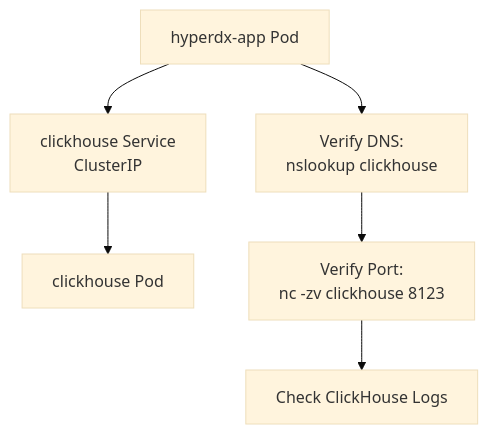
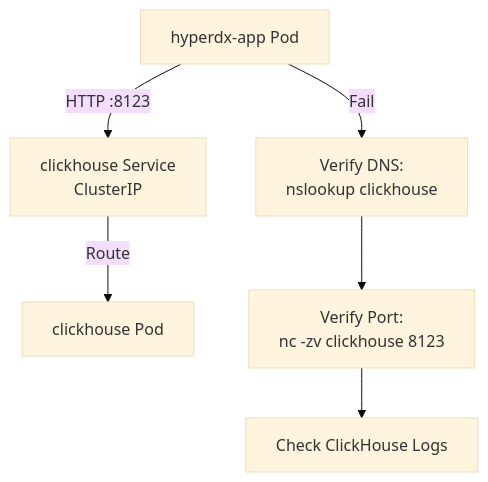
Before and after one commit to openchoreo/openchoreo: the third of 7 diagrams in docs/hyperdxio-helm-charts-docs/Troubleshooting.md, drawn with Mermaid (base theme). The commit also changed other lines of this file and 85 other files, not shown here.

Commit message:
feat: Add new workflow and specification templates, update Helm chart dependencies, and clarify documentation diagrams.

````diff
--- a/docs/hyperdxio-helm-charts-docs/Troubleshooting.md
+++ b/docs/hyperdxio-helm-charts-docs/Troubleshooting.md
@@ -186,16 +186,16 @@
 ```mermaid
 flowchart TD
 
 App["hyperdx-app Pod"]
 CHSvc["clickhouse Service<br>ClusterIP"]
 CHPod["clickhouse Pod"]
 CheckDNS["Verify DNS:<br>nslookup clickhouse"]
 CheckPort["Verify Port:<br>nc -zv clickhouse 8123"]
 CheckLogs["Check ClickHouse Logs"]
 
-App --> CHSvc
-CHSvc --> CHPod
-App --> CheckDNS
+App -->|"HTTP :8123"| CHSvc
+CHSvc -->|"Route"| CHPod
+App -->|"Fail"| CheckDNS
 CheckDNS --> CheckPort
 CheckPort --> CheckLogs
 ```
````
